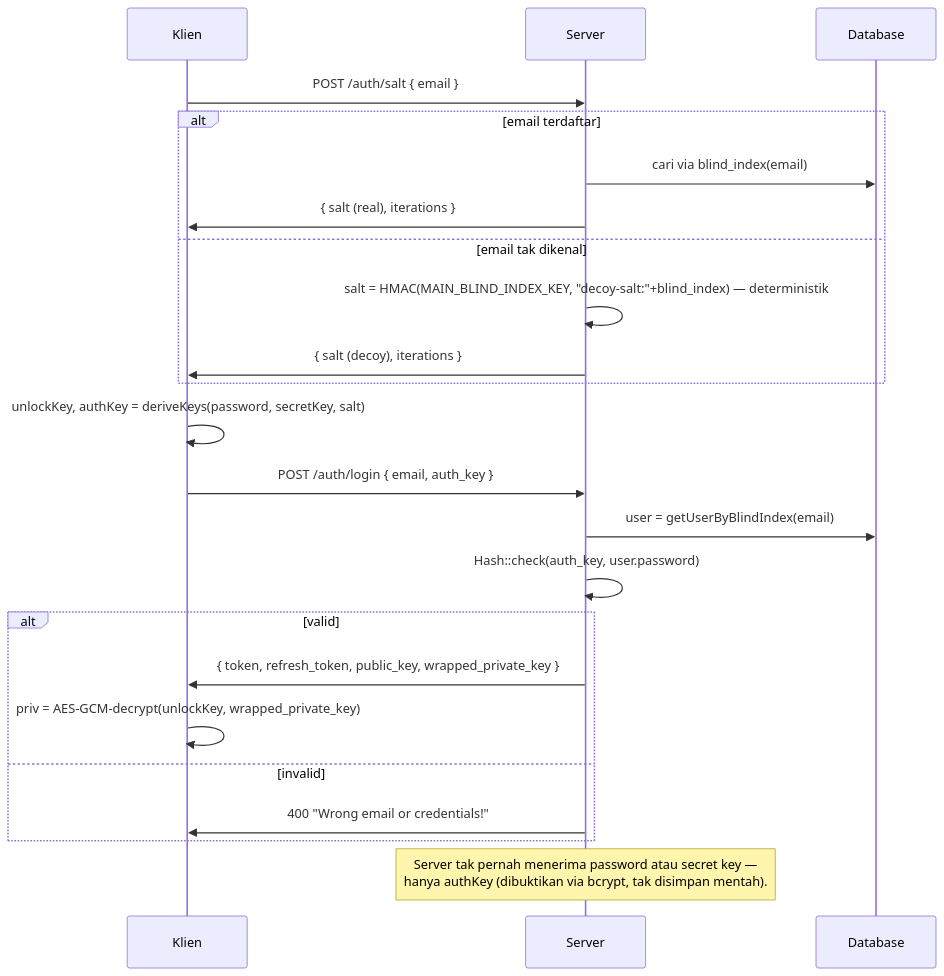
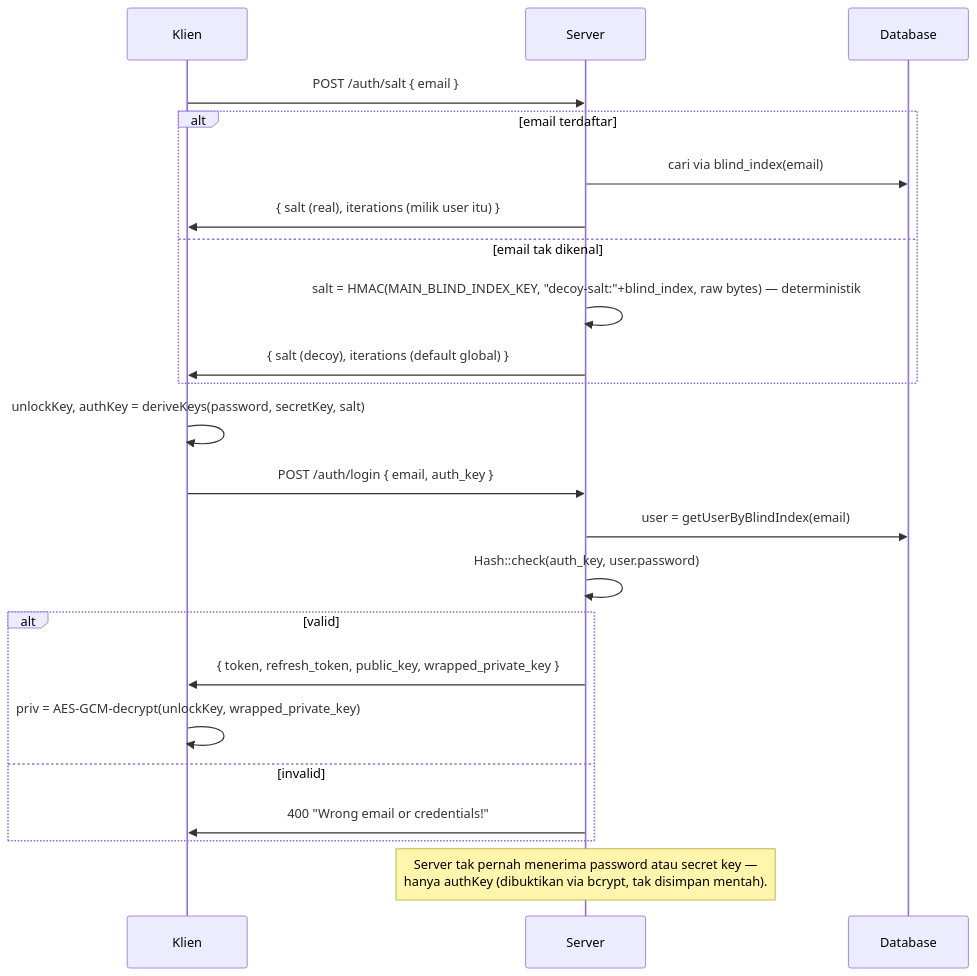
The third of 6 diagrams in docs/encryption.md (uangkuid/Uangku-BE), drawn with Mermaid before and after one commit. The commit also changed other lines of this file and 23 other files, not shown here.

````diff
--- a/docs/encryption.md
+++ b/docs/encryption.md
@@ -211,27 +239,27 @@
 ```mermaid
 sequenceDiagram
     participant C as Klien
     participant S as Server
     participant DB as Database
     C ->> S: POST /auth/salt { email }
     alt email terdaftar
         S ->> DB: cari via blind_index(email)
-        S ->> C: { salt (real), iterations }
+        S ->> C: { salt (real), iterations (milik user itu) }
     else email tak dikenal
-        S ->> S: salt = HMAC(MAIN_BLIND_INDEX_KEY, "decoy-salt:"+blind_index) — deterministik
-        S ->> C: { salt (decoy), iterations }
+        S ->> S: salt = HMAC(MAIN_BLIND_INDEX_KEY, "decoy-salt:"+blind_index, raw bytes) — deterministik
+        S ->> C: { salt (decoy), iterations (default global) }
     end
 
     C ->> C: unlockKey, authKey = deriveKeys(password, secretKey, salt)
     C ->> S: POST /auth/login { email, auth_key }
     S ->> DB: user = getUserByBlindIndex(email)
     S ->> S: Hash::check(auth_key, user.password)
     alt valid
         S ->> C: { token, refresh_token, public_key, wrapped_private_key }
         C ->> C: priv = AES-GCM-decrypt(unlockKey, wrapped_private_key)
     else invalid
         S ->> C: 400 "Wrong email or credentials!"
     end
 
     Note over S: Server tak pernah menerima password atau secret key —<br/>hanya authKey (dibuktikan via bcrypt, tak disimpan mentah).
 ```
````
